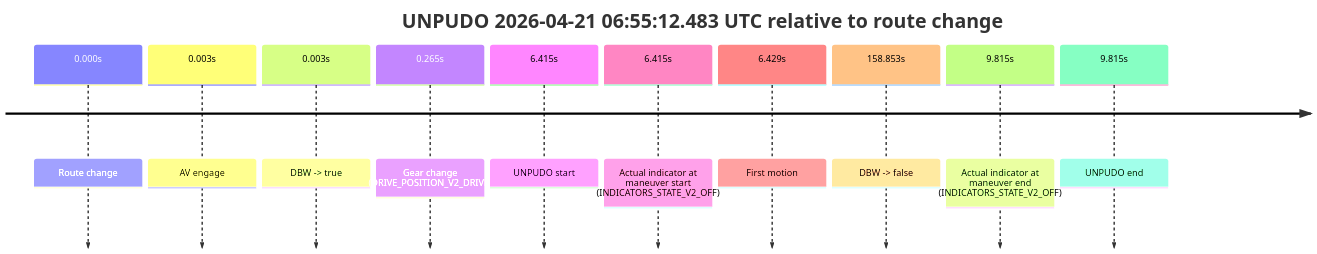
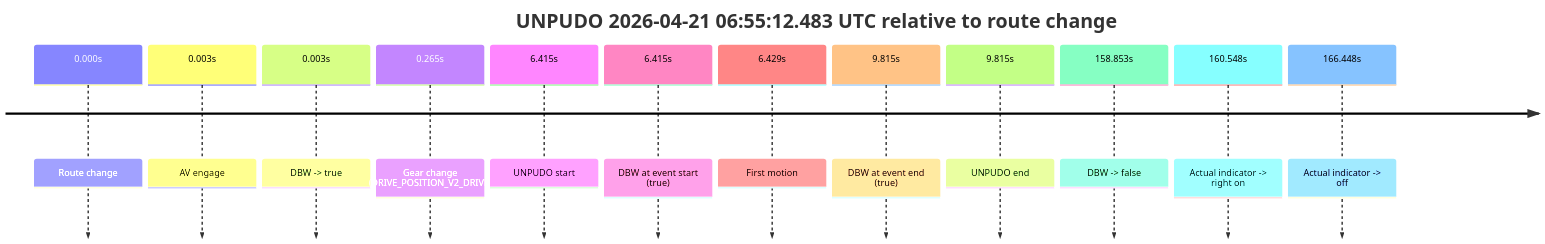
One commit to yoelshapiro/vault changed the first of 2 diagrams in model_analysis/report_cards/2026/04/Week-4/fme20030--2026-04-21--06-49-32--gen2-av-e24472f4-4747-4bf9-acc4-4dc2657fb7d4.md. Above: the diagram before and after it, drawn with Mermaid. The commit also changed other lines of this file and 85 other files, not shown here.

````diff
--- a/model_analysis/report_cards/2026/04/Week-4/fme20030--2026-04-21--06-49-32--gen2-av-e24472f4-4747-4bf9-acc4-4dc2657fb7d4.md
+++ b/model_analysis/report_cards/2026/04/Week-4/fme20030--2026-04-21--06-49-32--gen2-av-e24472f4-4747-4bf9-acc4-4dc2657fb7d4.md
@@ -43,14 +45,16 @@
 ```mermaid
 timeline
     title UNPUDO 2026-04-21 06:55:12.483 UTC relative to route change
     0.000s : Route change
     0.003s : AV engage
     0.003s : DBW -> true
     0.265s : Gear change (DRIVE_POSITION_V2_DRIVE)
     6.415s : UNPUDO start
-    6.415s : Actual indicator at maneuver start (INDICATORS_STATE_V2_OFF)
+    6.415s : DBW at event start (true)
     6.429s : First motion
+    9.815s : DBW at event end (true)
+    9.815s : UNPUDO end
     158.853s : DBW -> false
-    9.815s : Actual indicator at maneuver end (INDICATORS_STATE_V2_OFF)
-    9.815s : UNPUDO end
+    160.548s : Actual indicator -> right on
+    166.448s : Actual indicator -> off
 ```
````
